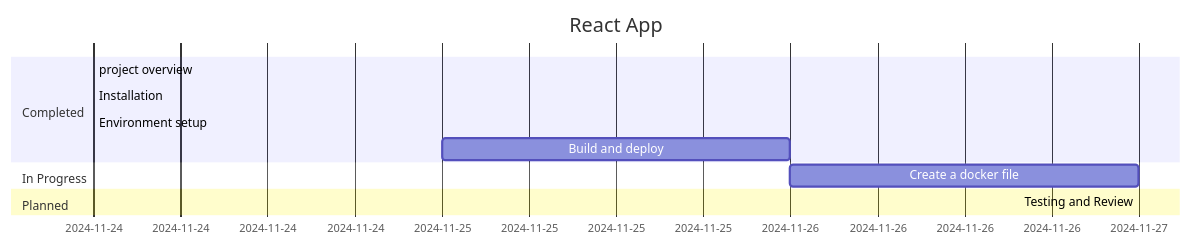
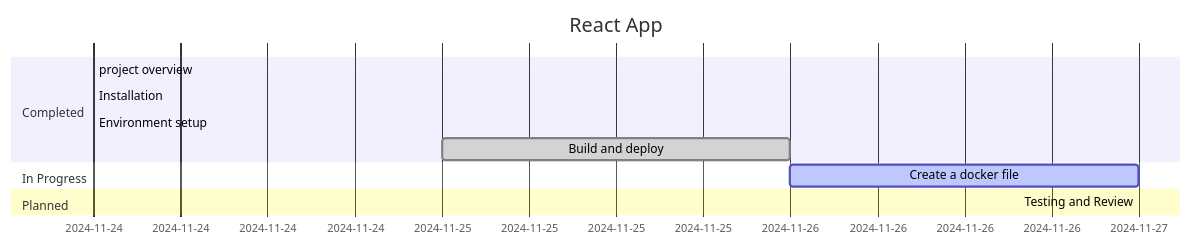
One commit to Ranjitha75388/Tomcat changed the third of 3 diagrams in 3-tier-application-task/README.md. Above: the diagram before and after it, drawn with Mermaid.

````diff
--- a/3-tier-application-task/README.md
+++ b/3-tier-application-task/README.md
@@ -60,15 +60,15 @@
 ```mermaid
 gantt
     title React App
     dateFormat  MM-DD-YYYY
     section Completed
     project overview   :done, 11-24-2024, 11-24-2024
-    Installation   :done, 11-24-2024, 11-24-2024
-    Environment setup     :active, 11-24-2024, 11-24-2024
-    Build and deploy    : 11-25-2024, 11-26-2024
+    Installation       :done, 11-24-2024, 11-24-2024
+    Environment setup     :done, 11-24-2024, 11-24-2024
+    Build and deploy    : done, 11-25-2024, 11-26-2024
     section In Progress
-   Create a docker file : 11-26-2024, 11-27-2024
+   Create a docker file : active,11-26-2024, 11-27-2024
     section Planned
    
     Testing and Review  : 11-27-2024, 11-27-2024
 ```
````
